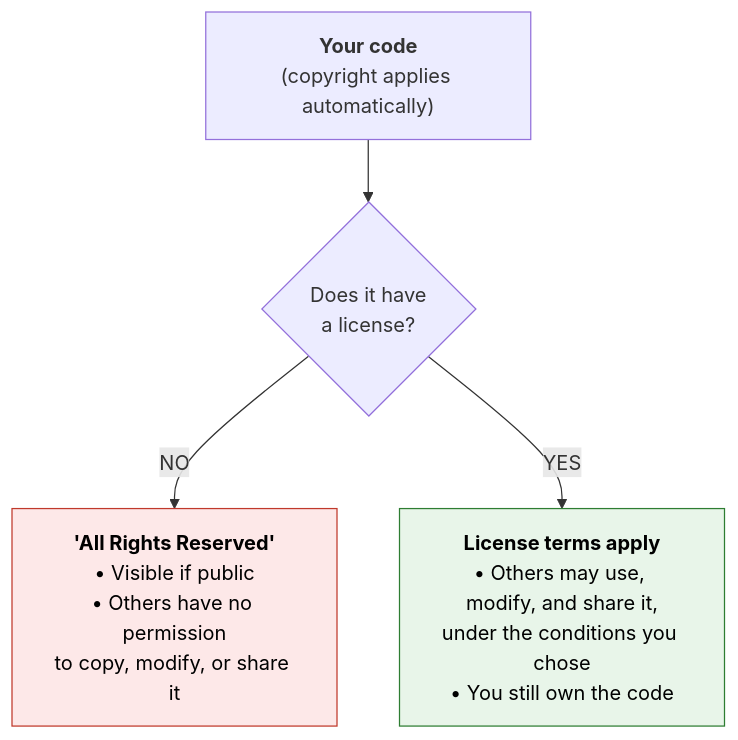
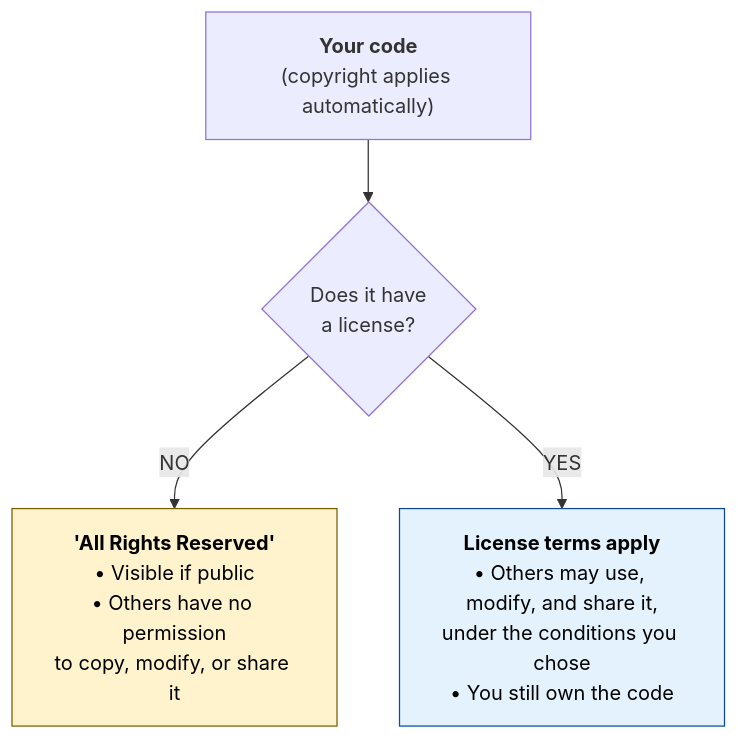
Before and after one commit to UC-OSPO-Network/oss-license-workshop: the diagram in episodes/why-license.md, drawn with Mermaid. The commit also changed other lines of this file and 4 other files, not shown here.

Commit message:
Apply review fixes: scope license limits, diagram syntax and colors, patent spoiler, dates, links, optional GitHub challenge

````diff
--- a/episodes/why-license.md
+++ b/episodes/why-license.md
@@ -136,15 +137,15 @@
 ```mermaid
 flowchart TD
-    accTitle: {Does your code have a license?}
+    accTitle: Does your code have a license?
     accDescr {
         A flowchart starting with your code, which is protected by copyright automatically. A decision asks whether the code has a license. If no, the code is All Rights Reserved: it is visible if public, but others have no permission to copy, modify, or share it. If yes, the license terms apply: others may use, modify, and share the code under the conditions you chose, and you still own the code.
     }
     A["<b>Your code</b><br/>(copyright applies automatically)"] --> B{"Does it have<br/>a license?"}
     B -- NO --> C["<b>'All Rights Reserved'</b><br/>• Visible if public<br/>• Others have no permission<br/>to copy, modify, or share it"]
     B -- YES --> D["<b>License terms apply</b><br/>• Others may use, modify, and share it,<br/>under the conditions you chose<br/>• You still own the code"]
 
-    classDef noLicense fill:#fde8e8,stroke:#c0392b,color:#000
-    classDef hasLicense fill:#e8f5e9,stroke:#2e7d32,color:#000
+    classDef noLicense fill:#fff3cd,stroke:#7a5c00,color:#000
+    classDef hasLicense fill:#e3f2fd,stroke:#0d47a1,color:#000
     class C noLicense
     class D hasLicense
 ```
````
